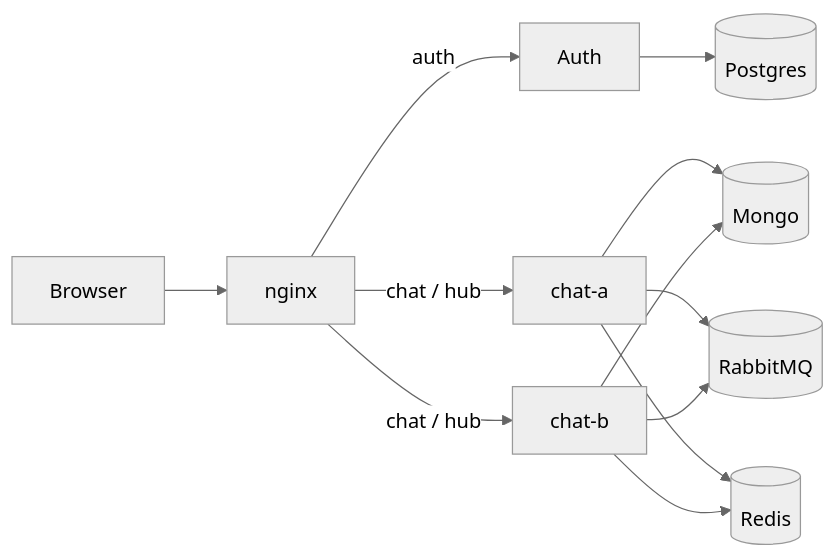
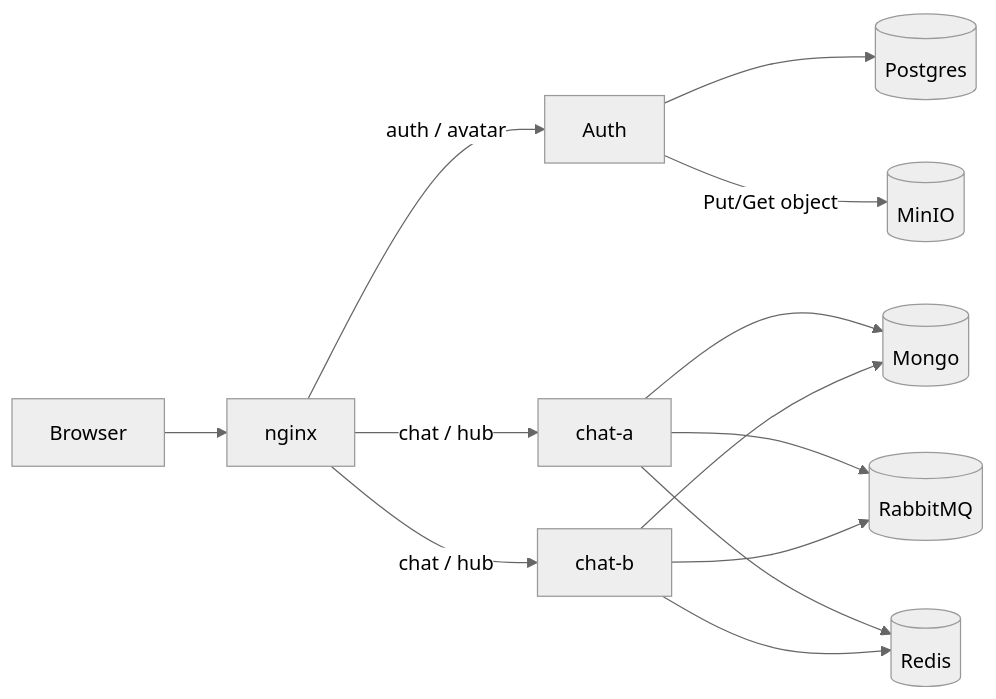
Before and after one commit to Xs1d7/teste-roboteasy: the diagram in README.md, drawn with Mermaid (neutral theme). The commit also changed other lines of this file and 5 other files, not shown here.

First line of the commit message:
docs: atualizar mermaids e docs com MinIO/avatar

````diff
--- a/README.md
+++ b/README.md
@@ -42,16 +43,17 @@
 ```mermaid
 flowchart LR
   Browser[Browser] --> Nginx[nginx]
 
-  Nginx -->|auth| Auth[Auth]
+  Nginx -->|auth / avatar| Auth[Auth]
   Nginx -->|chat / hub| ChatA[chat-a]
   Nginx -->|chat / hub| ChatB[chat-b]
 
   Auth --> Postgres[(Postgres)]
+  Auth -->|Put/Get object| MinIO[(MinIO)]
   ChatA --> Mongo[(Mongo)]
   ChatB --> Mongo
   ChatA --> Rabbit[(RabbitMQ)]
   ChatB --> Rabbit
   ChatA --> Redis[(Redis)]
   ChatB --> Redis
 ```
````
